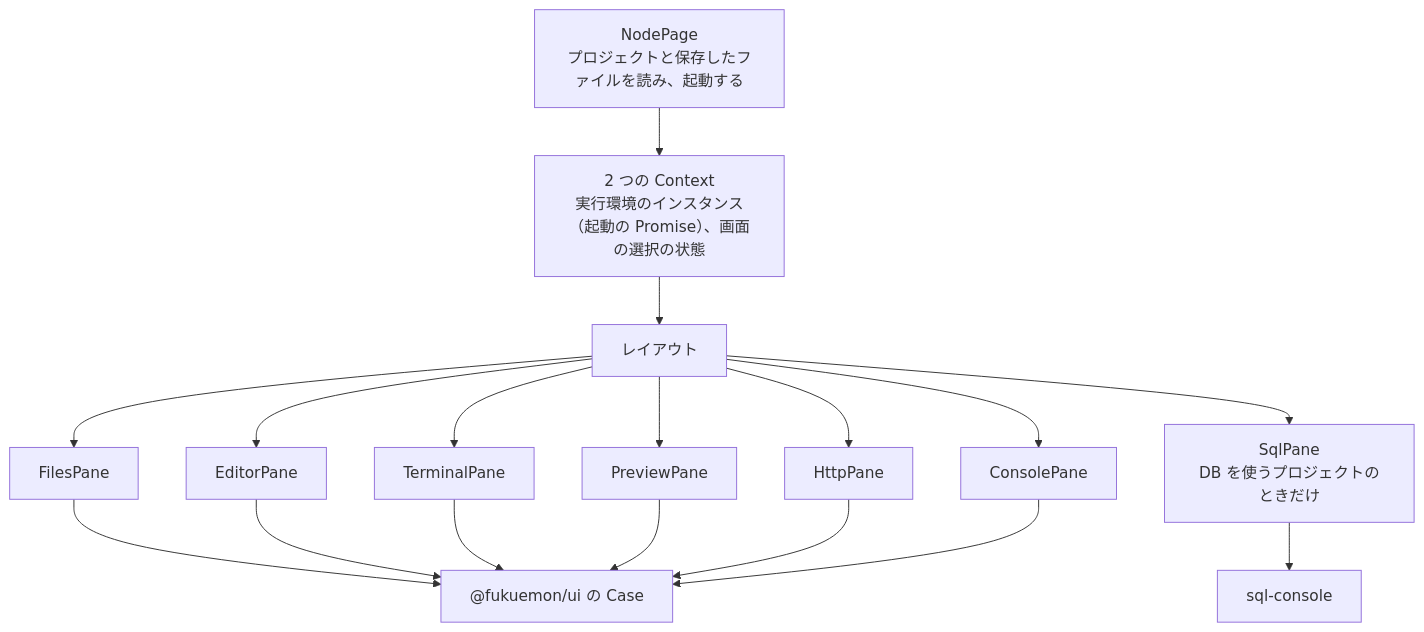
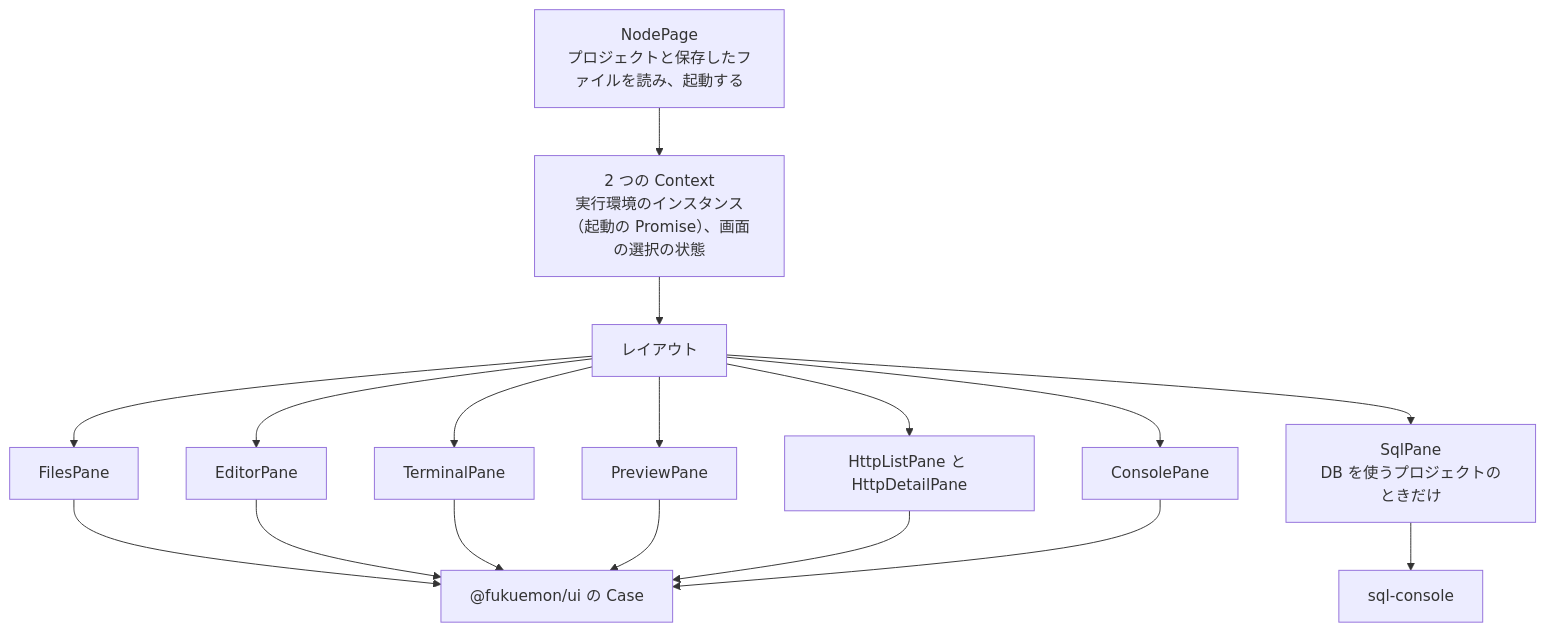
Before and after one commit to Fukuemon/fukuemon.dev: the second of 3 diagrams in apps/playground/DesignDoc.md, drawn with Mermaid. The commit also changed other lines of this file and 1 other file, not shown here.

Commit message:
docs(playground): HTTP の記録の形と、Node の画面のペインの並びを書く #97

````diff
--- a/apps/playground/DesignDoc.md
+++ b/apps/playground/DesignDoc.md
@@ -340,24 +353,24 @@
 ```mermaid
 flowchart TB
   page["NodePage<br/>プロジェクトと保存したファイルを読み、起動する"]
   ctx["2 つの Context<br/>実行環境のインスタンス（起動の Promise）、画面の選択の状態"]
   layout["レイアウト"]
   files["FilesPane"]
   editor["EditorPane"]
   terminal["TerminalPane"]
   preview["PreviewPane"]
-  http["HttpPane"]
+  http["HttpListPane と HttpDetailPane"]
   cons["ConsolePane"]
   sqlp["SqlPane<br/>DB を使うプロジェクトのときだけ"]
   ui["@fukuemon/ui の Case"]
   sc["sql-console"]
 
   page --> ctx --> layout
   layout --> files --> ui
   layout --> editor --> ui
   layout --> terminal --> ui
   layout --> preview --> ui
   layout --> http --> ui
   layout --> cons --> ui
   layout --> sqlp --> sc
 ```
````
